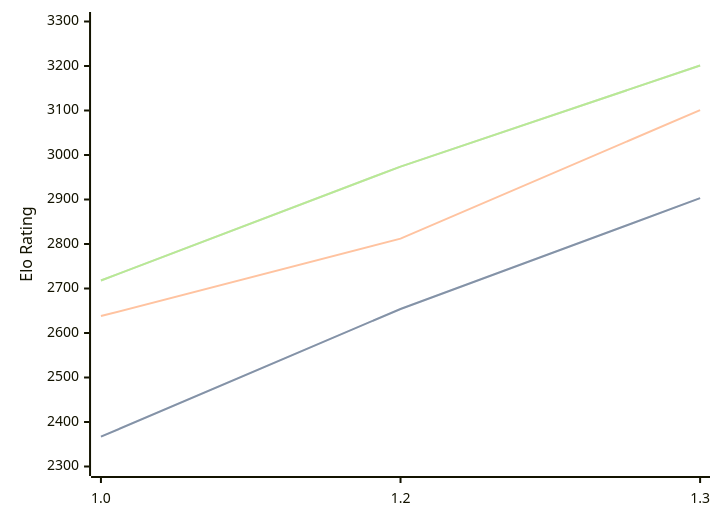
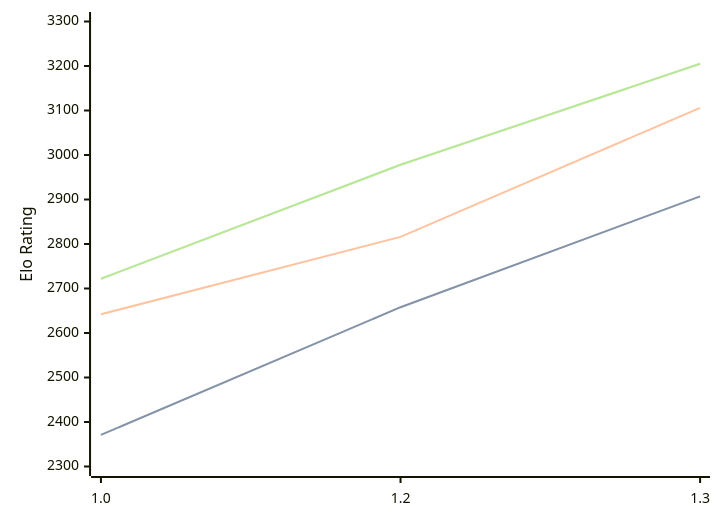
The diagram in engines/Chessnix.md (computer-chess-index/cci), drawn with Mermaid before and after one commit. The commit also changed other lines of this file, not shown here.

Commit message:
Update CCI Ratings (ELO VLTC) - 2026-04-18

````diff
--- a/engines/Chessnix.md
+++ b/engines/Chessnix.md
@@ -35,11 +35,11 @@
 ```mermaid
 %%{init: {"theme":"base","themeVariables":{"seriesColors:['#a3a3a3','#222221','#faa371']}}}%%
 xychart-beta
   x-axis ["1.0", "1.2", "1.3"]
   y-axis "Elo Rating" 2300 --> 3300
-  line "STC (8.0+0.08s)" [2367, 2654, 2903]
-  line "STC (8.0+0.08s)" [2367, 2654, 2903]
-  line "LTC (60.0+0.60s)" [2638, 2812, 3101]
-  line "VLTC (2m24s+1.12s)" [2718, 2974, 3201]
-  line "VLTC (2m24s+1.12s)" [2718, 2974, 3201]
+  line "STC (8.0+0.08s)" [2371, 2658, 2907]
+  line "STC (8.0+0.08s)" [2371, 2658, 2907]
+  line "LTC (60.0+0.60s)" [2642, 2816, 3106]
+  line "VLTC (2m24s+1.12s)" [2722, 2978, 3205]
+  line "VLTC (2m24s+1.12s)" [2722, 2978, 3205]
 ```
````
